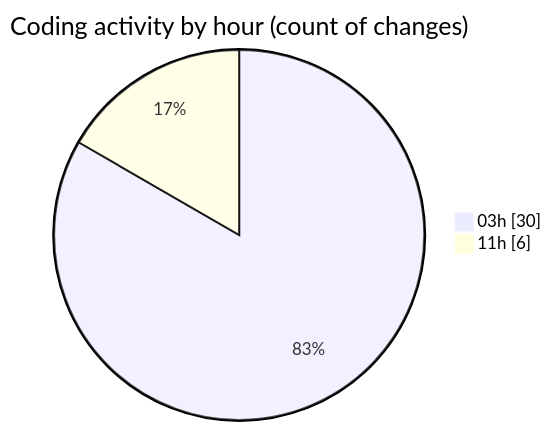
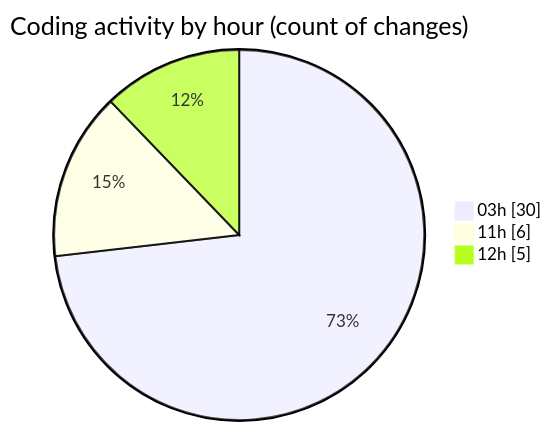
The second of 2 diagrams in 2025-09-13/napxuvn/README.md (lephambinh05/code-tracking), drawn with Mermaid before and after one commit. The commit also changed other lines of this file and 1 other file, not shown here.

````diff
--- a/2025-09-13/napxuvn/README.md
+++ b/2025-09-13/napxuvn/README.md
@@ -40,6 +45,7 @@
 ```mermaid
 pie showData
 title Coding activity by hour (count of changes)
 "03h" : 30
 "11h" : 6
+"12h" : 5
 ```
````
